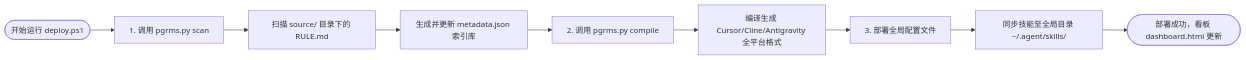
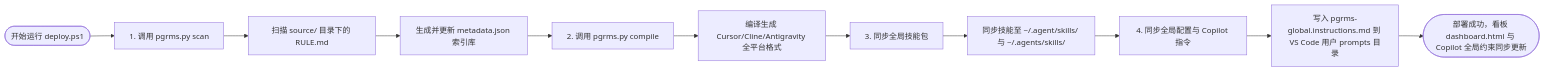
Before and after one commit to cr20085361/antigravity_Rule_config: the second of 3 diagrams in README.md, drawn with Mermaid. The commit also changed other lines of this file and 5 other files, not shown here.

First line of the commit message:
发布：v1.1.0，补齐 VS Code Copilot 全局技能同步与中文指令部署

````diff
--- a/README.md
+++ b/README.md
@@ -42,11 +42,13 @@
 ```mermaid
 flowchart LR
     Start(["开始运行 deploy.ps1"]) --> Step1["1. 调用 pgrms.py scan"]
     Step1 --> Scan["扫描 source/ 目录下的 RULE.md"]
     Scan --> Index["生成并更新 metadata.json 索引库"]
     Index --> Step2["2. 调用 pgrms.py compile"]
     Step2 --> Compile["编译生成 Cursor/Cline/Antigravity 全平台格式"]
-    Compile --> Step3["3. 部署全局配置文件"]
-    Step3 --> Copy["同步技能至全局目录 ~/.agent/skills/"]
-    Copy --> End(["部署成功，看板 dashboard.html 更新"])
+    Compile --> Step3["3. 同步全局技能包"]
+    Step3 --> Copy["同步技能至 ~/.agent/skills/ 与 ~/.agents/skills/"]
+    Copy --> Step4["4. 同步全局配置与 Copilot 指令"]
+    Step4 --> Prompt["写入 pgrms-global.instructions.md 到 VS Code 用户 prompts 目录"]
+    Prompt --> End(["部署成功，看板 dashboard.html 与 Copilot 全局约束同步更新"])
 ```
````
